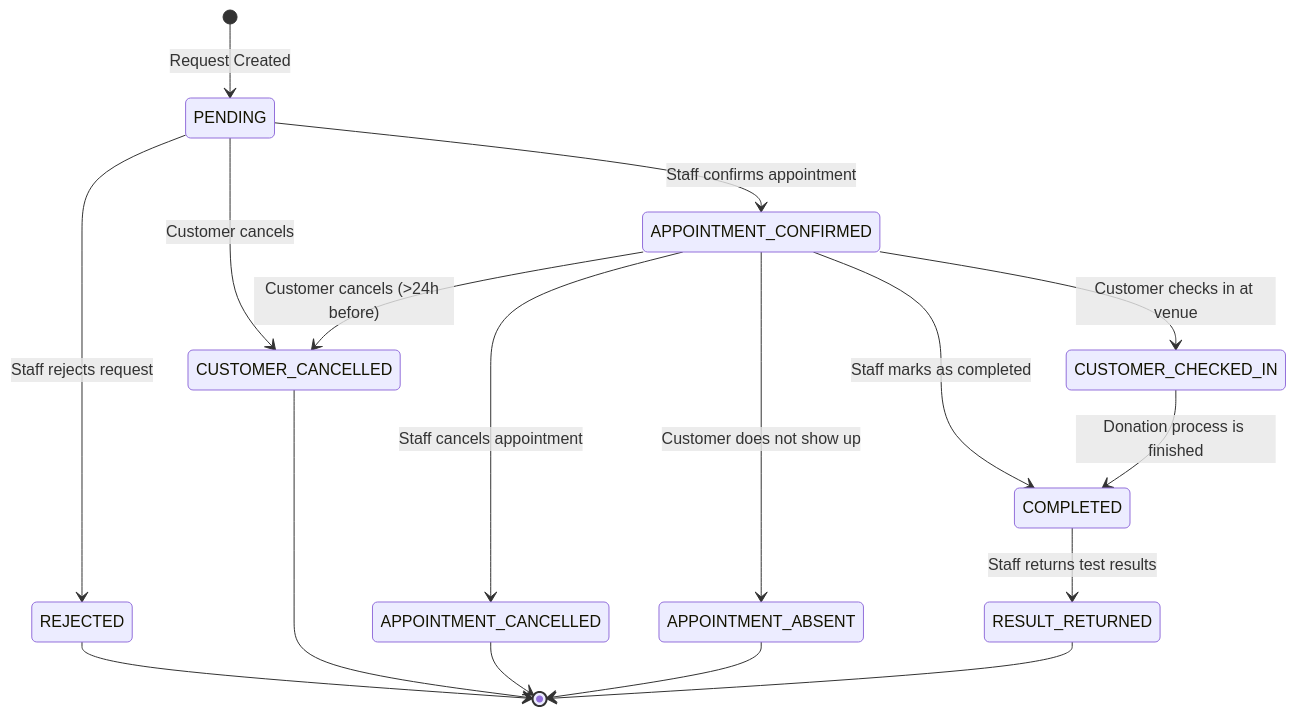
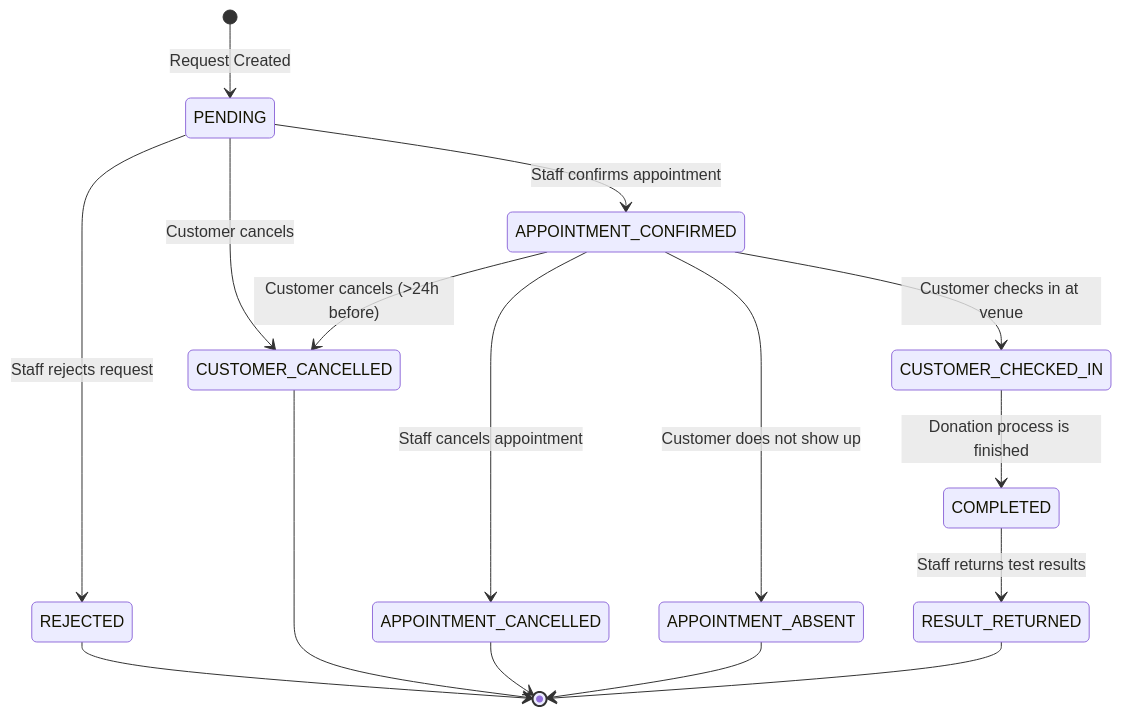
One commit to phamnguyenviethung/bloodlink-be changed the third of 3 diagrams in docs/DONATION_FLOW.md. Above: the diagram before and after it, drawn with Mermaid. The commit also changed other lines of this file, not shown here.

Commit message:
Update Donation flow

````diff
--- a/docs/DONATION_FLOW.md
+++ b/docs/DONATION_FLOW.md
@@ -220,24 +220,23 @@
 ```mermaid
 stateDiagram-v2
     [*] --> PENDING: Request Created
 
     PENDING --> APPOINTMENT_CONFIRMED: Staff confirms appointment
     PENDING --> REJECTED: Staff rejects request
     PENDING --> CUSTOMER_CANCELLED: Customer cancels
 
     APPOINTMENT_CONFIRMED --> CUSTOMER_CHECKED_IN: Customer checks in at venue
-    APPOINTMENT_CONFIRMED --> COMPLETED: Staff marks as completed
     APPOINTMENT_CONFIRMED --> APPOINTMENT_CANCELLED: Staff cancels appointment
     APPOINTMENT_CONFIRMED --> APPOINTMENT_ABSENT: Customer does not show up
     APPOINTMENT_CONFIRMED --> CUSTOMER_CANCELLED: Customer cancels (>24h before)
 
     CUSTOMER_CHECKED_IN --> COMPLETED: Donation process is finished
 
     COMPLETED --> RESULT_RETURNED: Staff returns test results
 
     REJECTED --> [*]
     CUSTOMER_CANCELLED --> [*]
     APPOINTMENT_CANCELLED --> [*]
     APPOINTMENT_ABSENT --> [*]
     RESULT_RETURNED --> [*]
 ```
````
